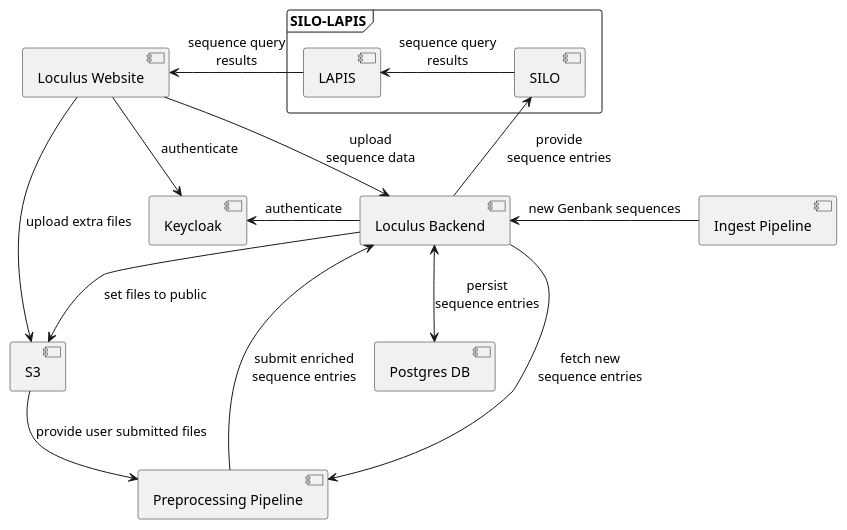
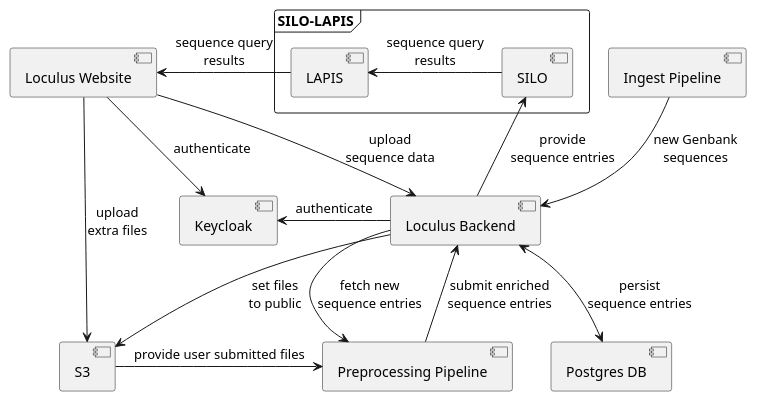
One commit to loculus-project/loculus changed the diagram in backend/docs/plantuml/architectureOverview.puml. Above: the diagram before and after it, drawn with PlantUML. The commit also changed 2 other files, not shown here.

Commit message:
Update diagram

```diff
--- a/backend/docs/plantuml/architectureOverview.puml
+++ b/backend/docs/plantuml/architectureOverview.puml
@@ -1,39 +1,39 @@
 @startuml
 
 component "Loculus Website" as Website
 
 together {
     component "Loculus Backend" as Backend
     component Keycloak
 }
 
 component "Postgres DB" as Postgres
 component S3
 
 component "Preprocessing Pipeline" as Preprocessing
 component "Ingest Pipeline" as Ingest
 
 
 frame SILO-LAPIS {
     component SILO
     component LAPIS
 }
 
 Website --> Keycloak : authenticate
 Backend -left-> Keycloak : authenticate
 
 Website -down-> Backend : upload\nsequence data
 Backend --> Preprocessing : fetch new\nsequence entries
 Backend <-- Preprocessing : submit enriched\nsequence entries
-Backend <-down-> Postgres : persist\nsequence entries
-Ingest -left-> Backend : new Genbank sequences
+Backend <--> Postgres : persist\nsequence entries
+Ingest --> Backend : new Genbank\nsequences
 
 Backend -up-> SILO: provide\nsequence entries
 LAPIS -left-> Website : sequence query\nresults
 LAPIS <-right- SILO : sequence query\nresults
 
-Website -> S3: upload extra files
-Backend --> S3: set files to public
-S3 --> Preprocessing: provide user submitted files
+Website -> S3: upload\nextra files
+Backend --> S3: set files\nto public
+S3 -right-> Preprocessing: provide user submitted files
 
 @enduml
```
